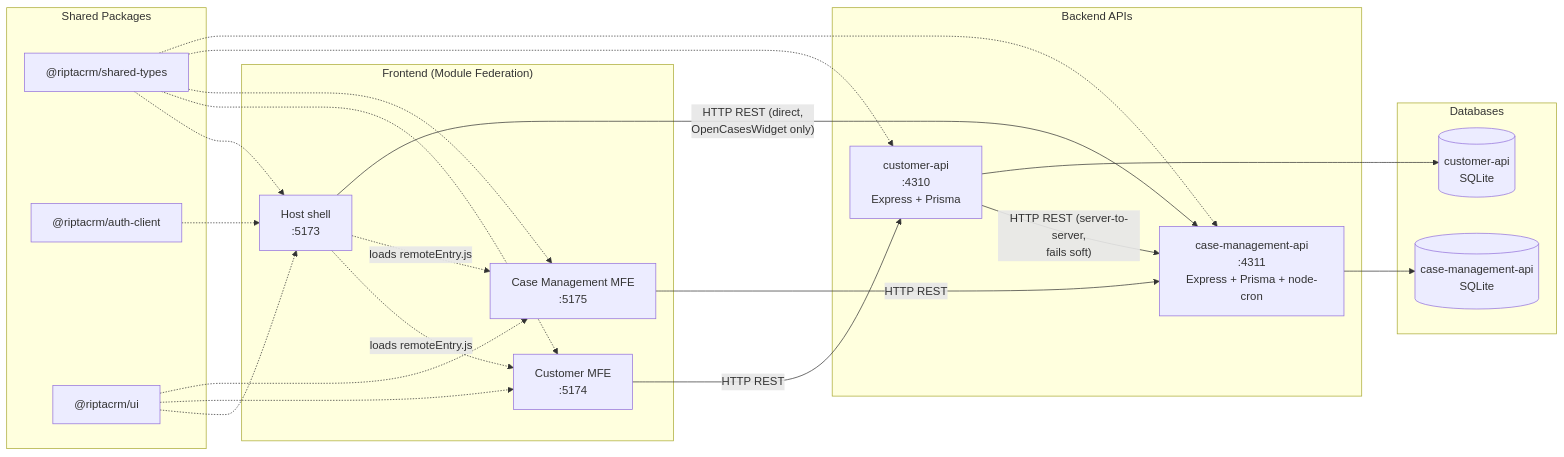
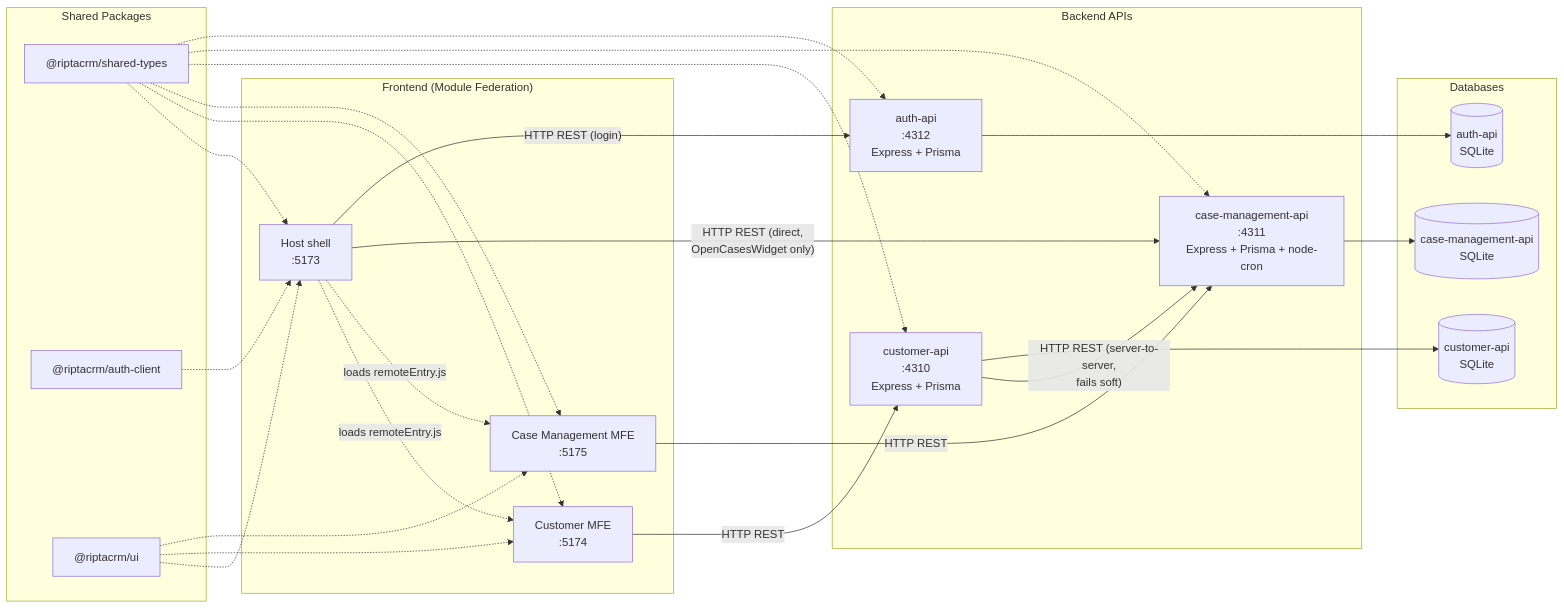
Before and after one commit to ripta101/RiptaCRM: the diagram in docs/architecture.md, drawn with Mermaid. The commit also changed other lines of this file and 37 other files, not shown here.

First line of the commit message:
Replace hardcoded login with a database-backed Auth module

````diff
--- a/docs/architecture.md
+++ b/docs/architecture.md
@@ -5,45 +5,50 @@
 ```mermaid
 graph LR
     subgraph Frontend["Frontend (Module Federation)"]
         Host["Host shell<br/>:5173"]
         CustomerMFE["Customer MFE<br/>:5174"]
         CaseMFE["Case Management MFE<br/>:5175"]
     end
 
     subgraph Backend["Backend APIs"]
         CustomerAPI["customer-api<br/>:4310<br/>Express + Prisma"]
         CaseAPI["case-management-api<br/>:4311<br/>Express + Prisma + node-cron"]
+        AuthAPI["auth-api<br/>:4312<br/>Express + Prisma"]
     end
 
     subgraph Data["Databases"]
         CustomerDB[("customer-api<br/>SQLite")]
         CaseDB[("case-management-api<br/>SQLite")]
+        AuthDB[("auth-api<br/>SQLite")]
     end
 
     subgraph Shared["Shared Packages"]
         Types["@riptacrm/shared-types"]
         Auth["@riptacrm/auth-client"]
         UI["@riptacrm/ui"]
     end
 
     Host -. "loads remoteEntry.js" .-> CustomerMFE
     Host -. "loads remoteEntry.js" .-> CaseMFE
 
     CustomerMFE -- "HTTP REST" --> CustomerAPI
     CaseMFE -- "HTTP REST" --> CaseAPI
     CustomerAPI -- "HTTP REST (server-to-server,<br/>fails soft)" --> CaseAPI
     Host -- "HTTP REST (direct,<br/>OpenCasesWidget only)" --> CaseAPI
+    Host -- "HTTP REST (login)" --> AuthAPI
 
     CustomerAPI --> CustomerDB
     CaseAPI --> CaseDB
+    AuthAPI --> AuthDB
 
     Types -.-> Host
     Types -.-> CustomerMFE
     Types -.-> CaseMFE
     Types -.-> CustomerAPI
     Types -.-> CaseAPI
+    Types -.-> AuthAPI
     Auth -.-> Host
     UI -.-> Host
     UI -.-> CustomerMFE
     UI -.-> CaseMFE
 ```
````
